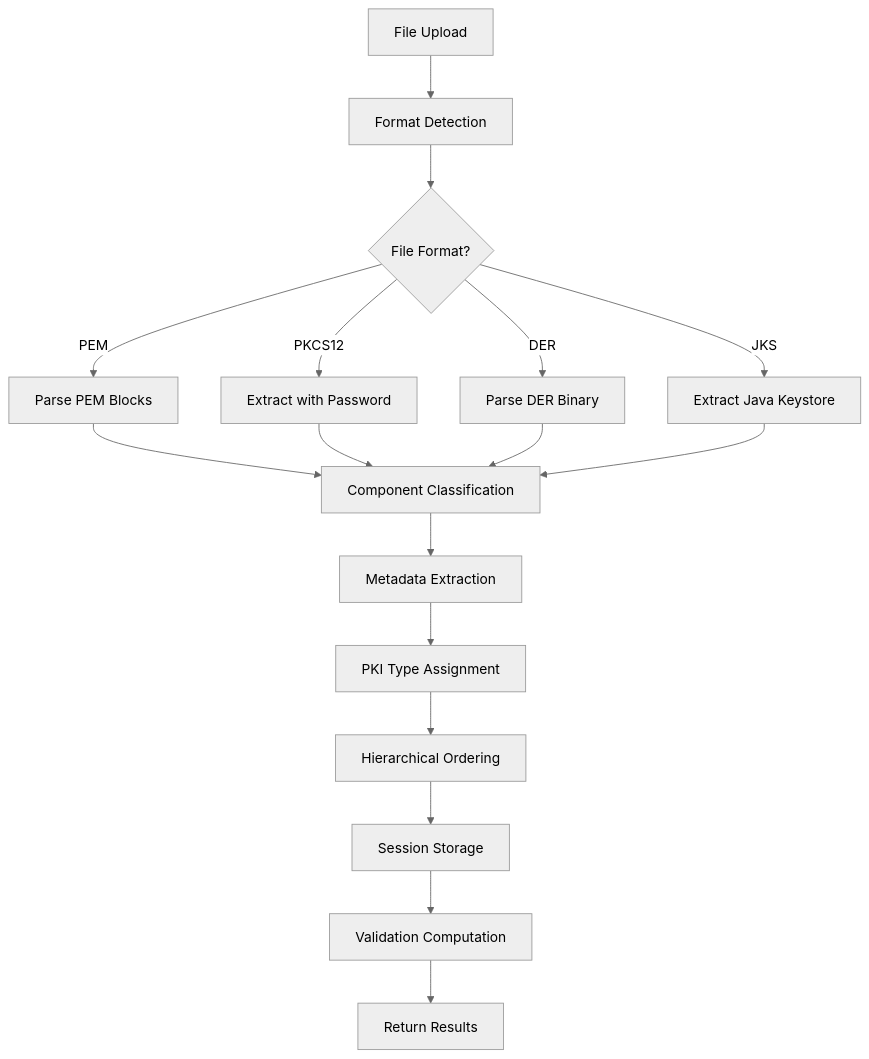
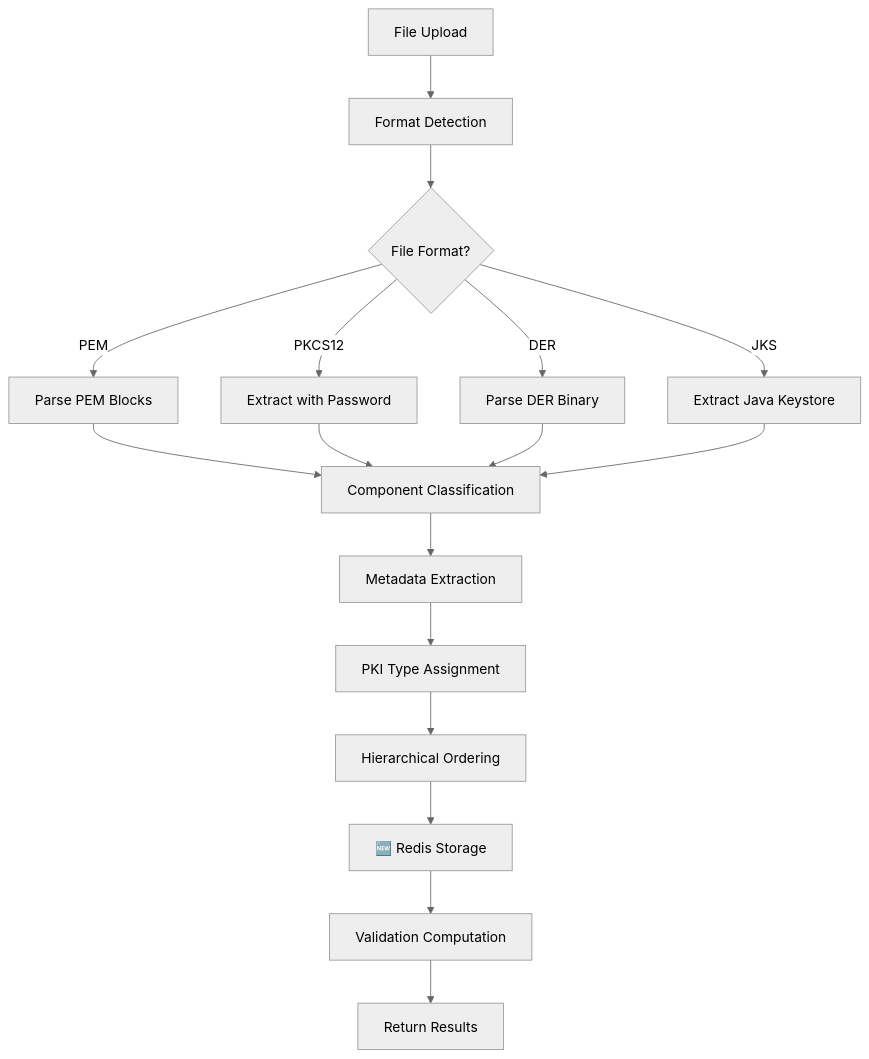
One commit to fuhdan/certificate-tools changed the fifth of 13 diagrams in TECHNICAL.md. Above: the diagram before and after it, drawn with Mermaid (neutral theme). The commit also changed other lines of this file and 1 other file, not shown here.

````diff
--- a/TECHNICAL.md
+++ b/TECHNICAL.md
@@ -331,21 +482,21 @@
 ```mermaid
 graph TD
     A[File Upload] --> B[Format Detection]
     B --> C{File Format?}
     C -->|PEM| D[Parse PEM Blocks]
     C -->|PKCS12| E[Extract with Password]
     C -->|DER| F[Parse DER Binary]
     C -->|JKS| G[Extract Java Keystore]
     
     D --> H[Component Classification]
     E --> H
     F --> H
     G --> H
     
     H --> I[Metadata Extraction]
     I --> J[PKI Type Assignment]
     J --> K[Hierarchical Ordering]
-    K --> L[Session Storage]
+    K --> L[🆕 Redis Storage]
     L --> M[Validation Computation]
     M --> N[Return Results]
 ```
````
